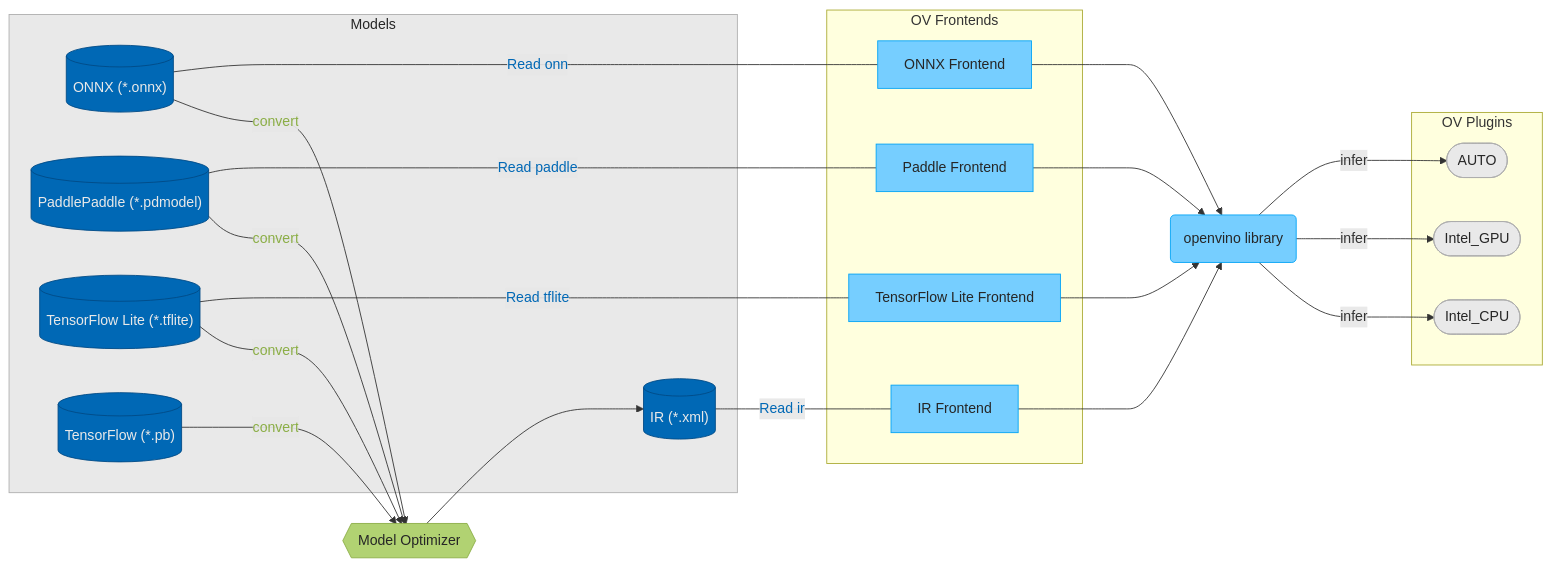
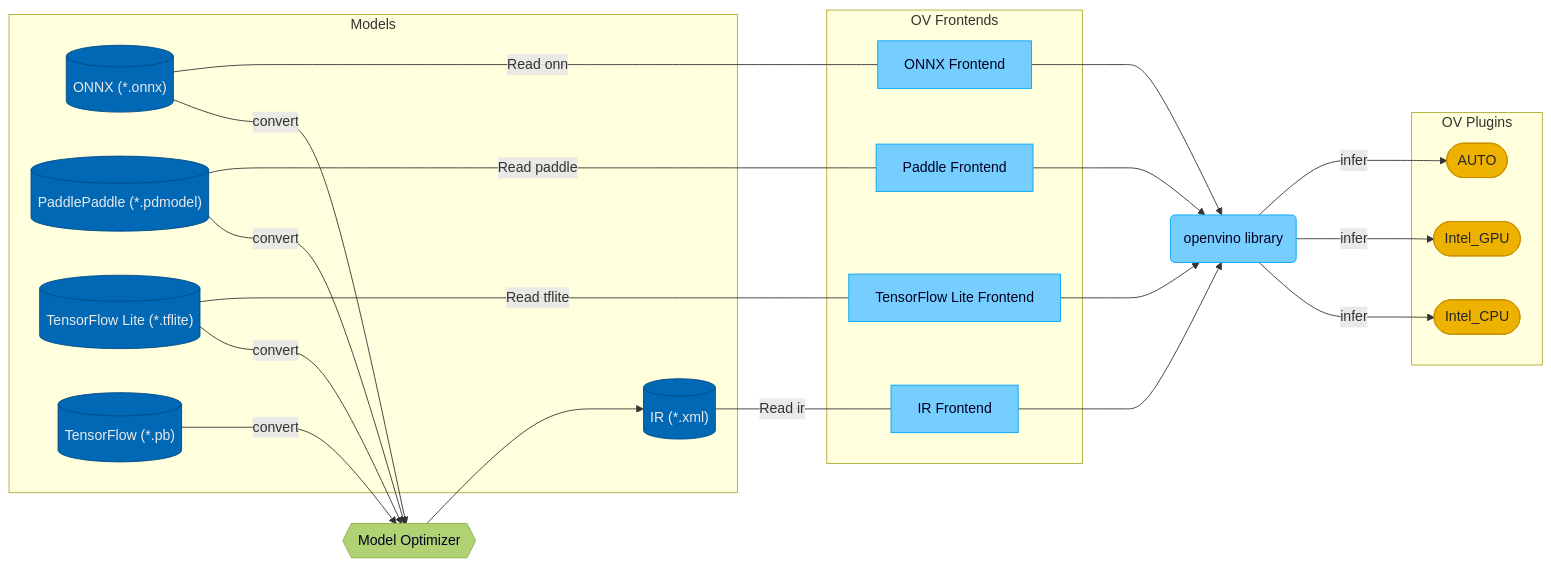
The diagram in docs/dev/index.md (openvinotoolkit/openvino), drawn with Mermaid before and after one commit.

````diff
--- a/docs/dev/index.md
+++ b/docs/dev/index.md
@@ -7,60 +7,55 @@
 ```mermaid
 flowchart LR
     subgraph models [Models]
         ir[("IR (*.xml)")]
         onnx[("ONNX (*.onnx)")]
         paddle[("PaddlePaddle (*.pdmodel)")]
         tflite[("TensorFlow Lite (*.tflite)")]
         tf[("TensorFlow (*.pb)")]
         classDef blue3 fill:#0068B5, stroke: #004A86, color: #E9E9E9
         class ir,onnx,paddle,tflite,tf blue3
-        style models fill:#E9E9E9, stroke: #AEAEAE, color: #262626
-        
+       
         click onnx "https://github.com/onnx/onnx"
     end
     
     mo{{Model Optimizer}}
-    
-    style mo fill:#B1D272, stroke: #8BAE46, color: #262626
+    classDef mos fill:#B1D272, stroke: #8BAE46, color: #000022
+    class mo mos
     
     onnx--convert--->mo
     paddle--convert--->mo
     tflite--convert--->mo
     tf--convert--->mo
     mo--->ir
     
     subgraph plugins [OV Plugins]
         auto(["AUTO"])
         cpu(["Intel_CPU"])
         gpu(["Intel_GPU"])
-        classDef carbon1 fill:#E9E9E9, stroke: #AEAEAE, color: #262626
-        class auto,cpu,gpu carbon1
-        style plugins #FFE17A
-
+        classDef daisy3 fill:#EDB200, stroke: #C98F00, color: #262626
+        class auto,cpu,gpu daisy3
     end
     subgraph frontends [OV Frontends]
         ir_fe["IR Frontend"]
         onnx_fe["ONNX Frontend"]
         tflite_fe["TensorFlow Lite Frontend"]
         paddle_fe["Paddle Frontend"]
-        classDef blue1 fill:#76CEFF, stroke: #00A3F6, color: #262626
+        classDef blue1 fill:#76CEFF, stroke: #00A3F6, color: #000022
         class ir_fe,onnx_fe,tflite_fe,paddle_fe blue1
-        style frontends #FFE17A
     end
     openvino(openvino library)
     ir--Read ir---ir_fe
     onnx--Read onnx--- onnx_fe
     paddle--Read paddle---paddle_fe
     tflite--Read tflite---tflite_fe
     ir_fe--->openvino
     onnx_fe--->openvino
     paddle_fe--->openvino
     tflite_fe--->openvino
     
     openvino--infer--->cpu
     openvino--infer--->gpu
     openvino--infer--->auto
-    style openvino fill:#76CEFF, stroke: #00A3F6, color: #262626
-    linkStyle 5,6,7,8 color:#0068B5
-    linkStyle 0,1,2,3 color:#8BAE46
+    classDef blue1 fill:#76CEFF, stroke: #00A3F6, color: #000022
+    class openvino blue1
 ```
````
